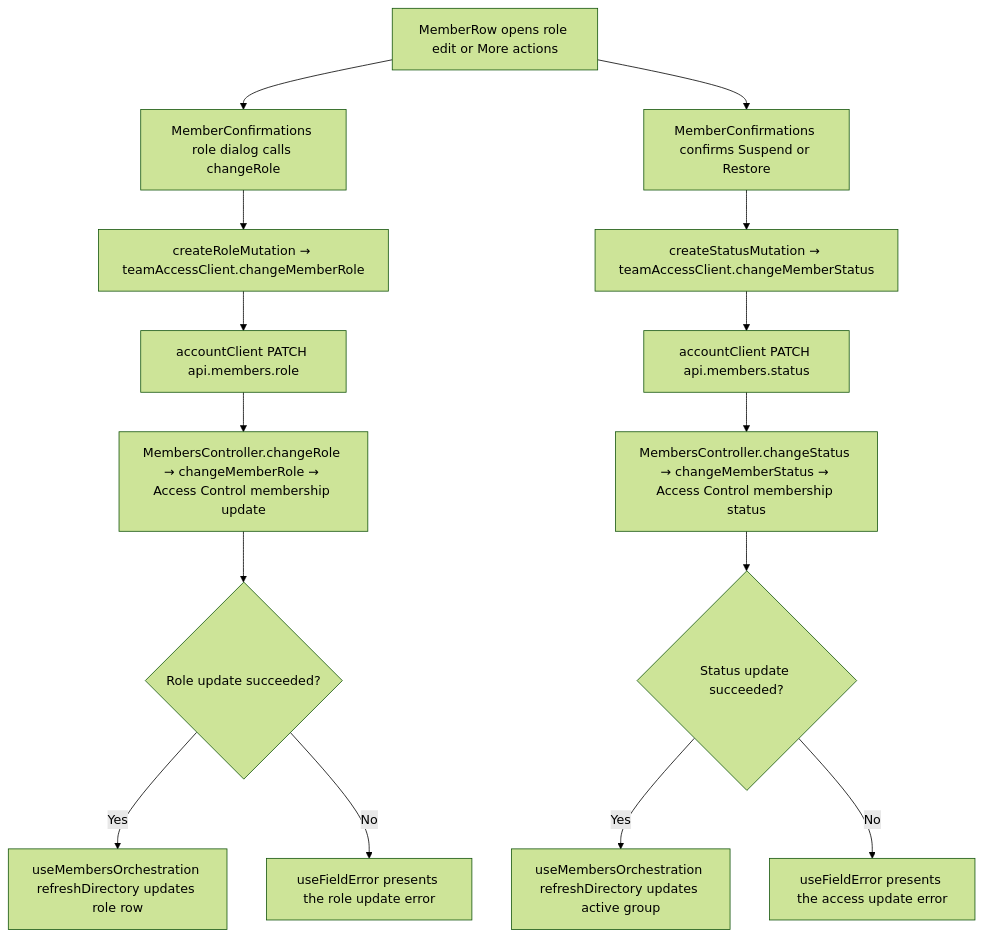
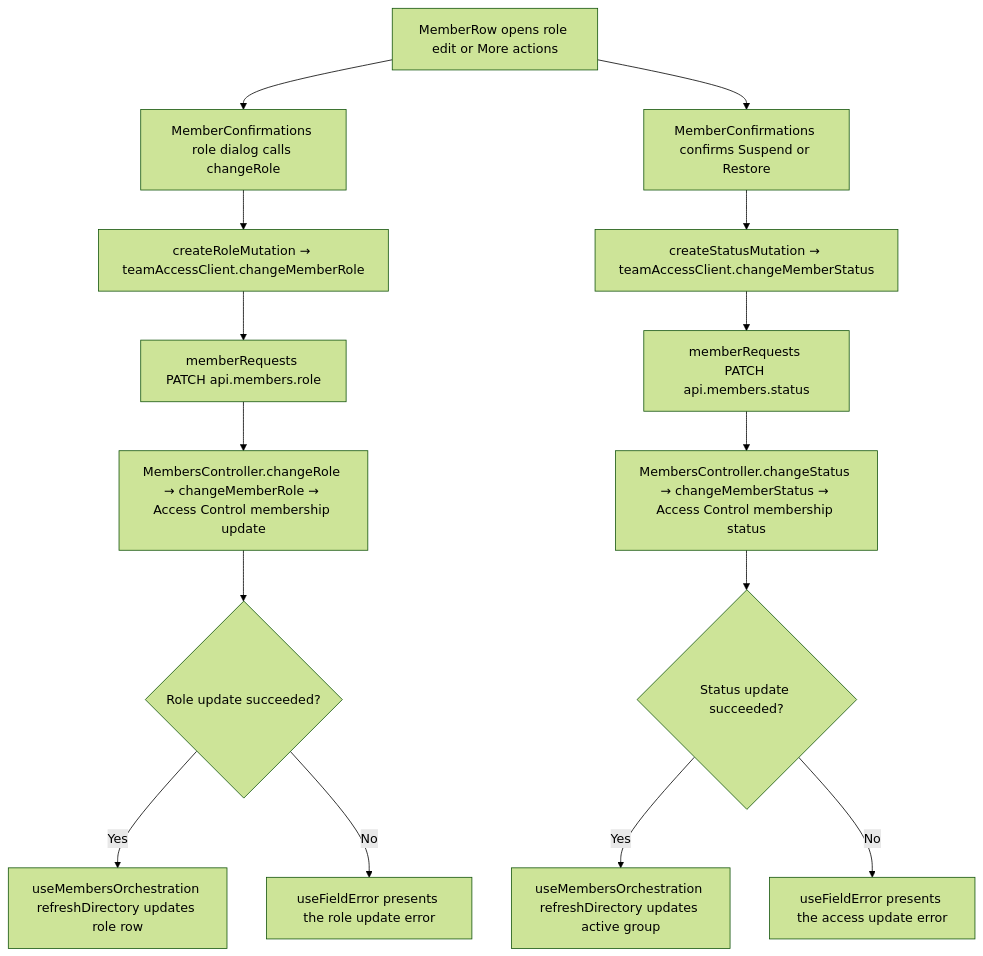
The second of 2 diagrams in user-stories/team/US-TEAM-06-change-membership.md (Kevinjohn/capacitylens), drawn with Mermaid (forest theme) before and after one commit. The commit also changed other lines of this file and 10 other files, not shown here.

````diff
--- a/user-stories/team/US-TEAM-06-change-membership.md
+++ b/user-stories/team/US-TEAM-06-change-membership.md
@@ -37,17 +37,17 @@
 ```mermaid
 flowchart TD
     Row["MemberRow opens role edit or More actions"] --> RoleDialog["MemberConfirmations role dialog calls changeRole"]
     RoleDialog --> RoleMutation["createRoleMutation → teamAccessClient.changeMemberRole"]
-    RoleMutation --> RoleAPI["accountClient PATCH api.members.role"]
+    RoleMutation --> RoleAPI["memberRequests PATCH api.members.role"]
     RoleAPI --> RoleServer["MembersController.changeRole → changeMemberRole → Access Control membership update"]
     RoleServer --> RoleResult{"Role update succeeded?"}
     RoleResult -->|"Yes"| RefreshRole["useMembersOrchestration refreshDirectory updates role row"]
     RoleResult -->|"No"| RoleError["useFieldError presents the role update error"]
     Row --> StatusConfirm["MemberConfirmations confirms Suspend or Restore"]
     StatusConfirm --> StatusMutation["createStatusMutation → teamAccessClient.changeMemberStatus"]
-    StatusMutation --> StatusAPI["accountClient PATCH api.members.status"]
+    StatusMutation --> StatusAPI["memberRequests PATCH api.members.status"]
     StatusAPI --> StatusServer["MembersController.changeStatus → changeMemberStatus → Access Control membership status"]
     StatusServer --> StatusResult{"Status update succeeded?"}
     StatusResult -->|"Yes"| RefreshStatus["useMembersOrchestration refreshDirectory updates active group"]
     StatusResult -->|"No"| StatusError["useFieldError presents the access update error"]
 ```
````
